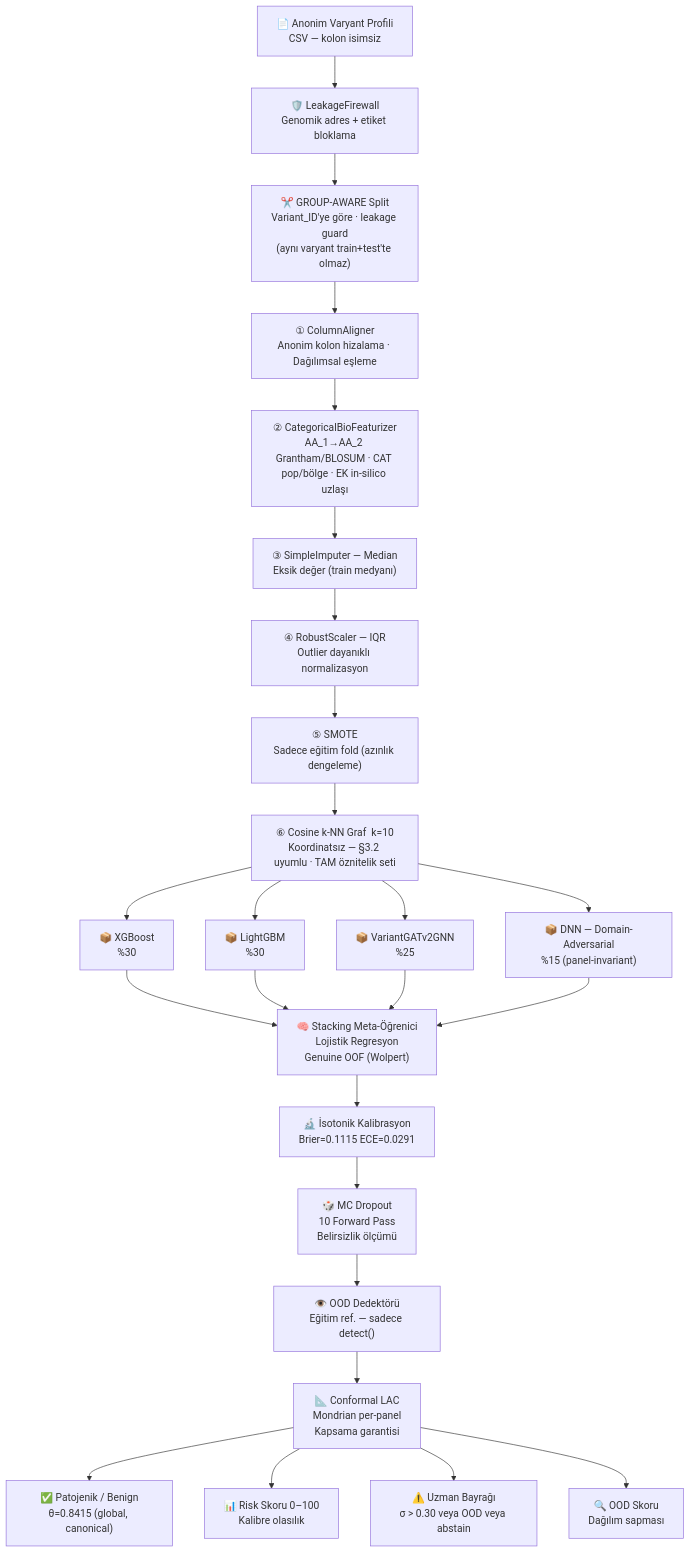
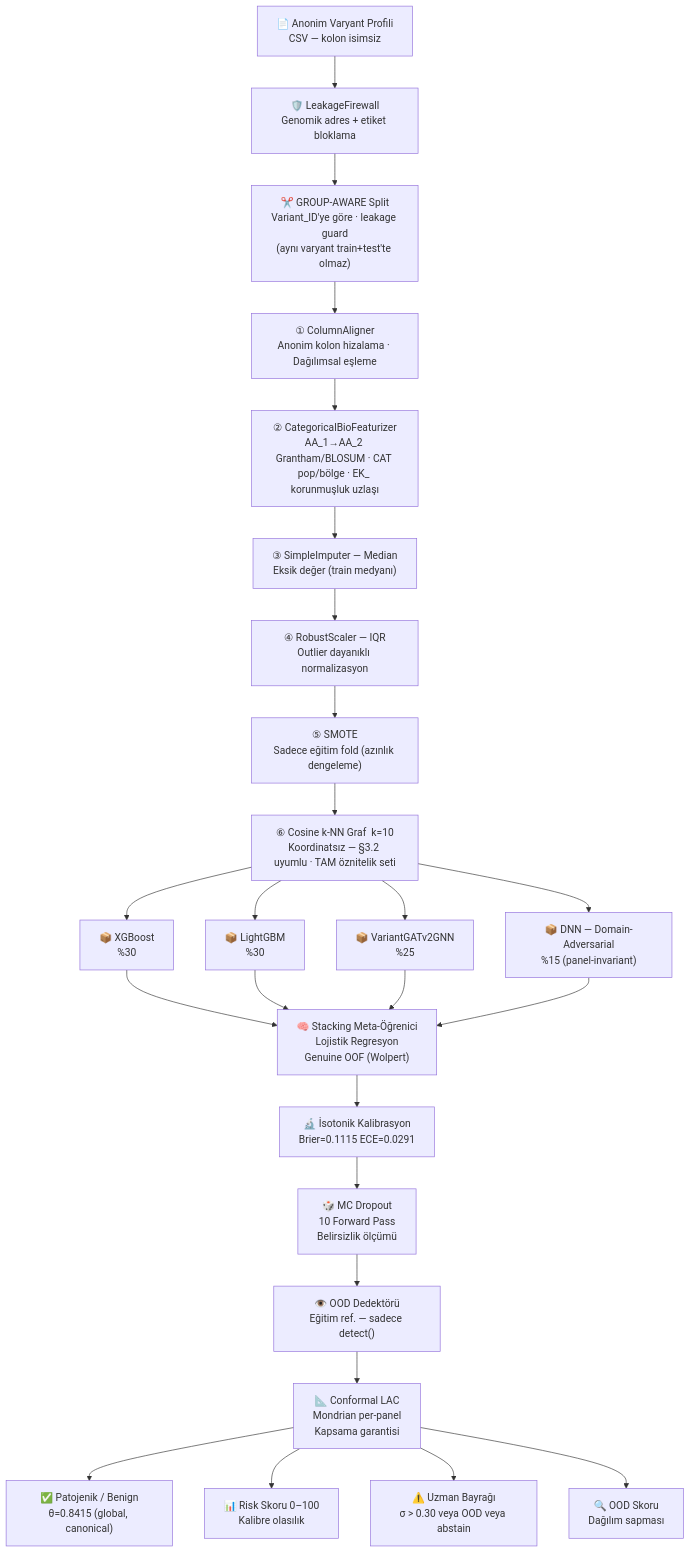
The first of 17 diagrams in README.md (msgxr/VARIANT-GNN), drawn with Mermaid before and after one commit. The commit also changed other lines of this file and 8 other files, not shown here.

````diff
--- a/README.md
+++ b/README.md
@@ -178,34 +178,34 @@
 ```mermaid
 flowchart TD
     A["📄 Anonim Varyant Profili\nCSV — kolon isimsiz"]
 
     A --> LFW["🛡️ LeakageFirewall\nGenomik adres + etiket bloklama"]
 
     LFW --> SPLIT["✂️ GROUP-AWARE Split\nVariant_ID'ye göre · leakage guard\n(aynı varyant train+test'te olmaz)"]
     SPLIT --> P1["① ColumnAligner\nAnonim kolon hizalama · Dağılımsal eşleme"]
-    P1  --> P2["② CategoricalBioFeaturizer\nAA_1→AA_2 Grantham/BLOSUM · CAT pop/bölge · EK in-silico uzlaşı"]
+    P1  --> P2["② CategoricalBioFeaturizer\nAA_1→AA_2 Grantham/BLOSUM · CAT pop/bölge · EK_ korunmuşluk uzlaşı"]
     P2  --> P3["③ SimpleImputer — Median\nEksik değer (train medyanı)"]
     P3  --> P4["④ RobustScaler — IQR\nOutlier dayanıklı normalizasyon"]
     P4  --> P6["⑤ SMOTE\nSadece eğitim fold (azınlık dengeleme)"]
     P6  --> P9["⑥ Cosine k-NN Graf  k=10\nKoordinatsız — §3.2 uyumlu · TAM öznitelik seti"]
 
     P9 --> M1["📦 XGBoost\n%30"]
     P9 --> M2["📦 LightGBM\n%30"]
     P9 --> M3["📦 VariantGATv2GNN\n%25"]
     P9 --> M4["📦 DNN — Domain-Adversarial\n%15 (panel-invariant)"]
 
     M1 --> ST["🧠 Stacking Meta-Öğrenici\nLojistik Regresyon\nGenuine OOF (Wolpert)"]
     M2 --> ST
     M3 --> ST
     M4 --> ST
 
     ST --> ISO["🔬 İsotonik Kalibrasyon\nBrier=0.1115  ECE=0.0291"]
     ISO --> MCD["🎲 MC Dropout\n10 Forward Pass\nBelirsizlik ölçümü"]
     MCD --> OOD["👁️ OOD Dedektörü\nEğitim ref. — sadece detect()"]
     OOD --> CNF["📐 Conformal LAC\nMondrian per-panel\nKapsama garantisi"]
 
     CNF --> O1["✅ Patojenik / Benign\nθ=0.8415 (global, canonical)"]
     CNF --> O2["📊 Risk Skoru 0–100\nKalibre olasılık"]
     CNF --> O3["⚠️ Uzman Bayrağı\nσ > 0.30 veya OOD veya abstain"]
     CNF --> O4["🔍 OOD Skoru\nDağılım sapması"]
 ```
````
